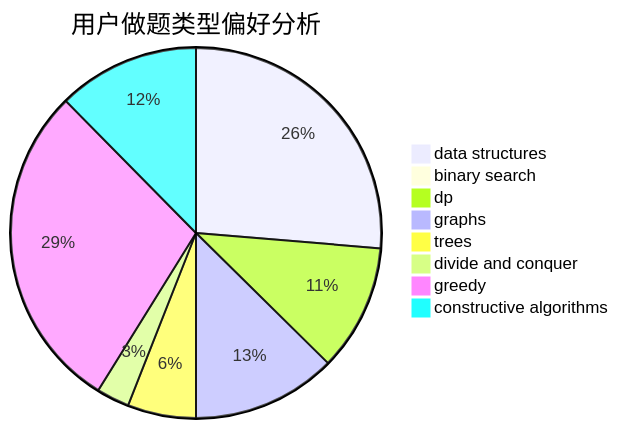
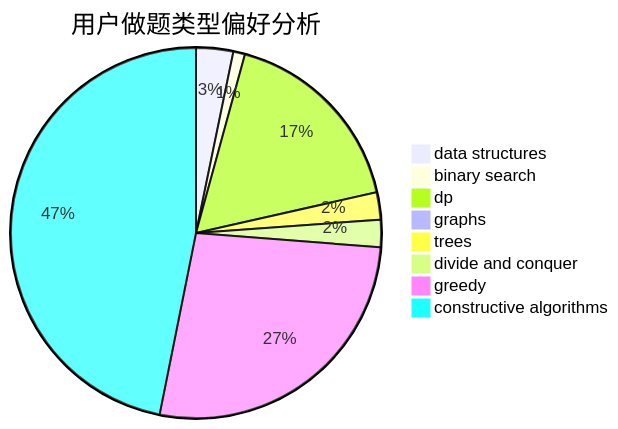
The second of 3 diagrams in docs/user/u1475.md (sherpahu/cfrs.github.io), drawn with Mermaid before and after one commit. The commit also changed other lines of this file and 2770 other files, not shown here.

````diff
--- a/docs/user/u1475.md
+++ b/docs/user/u1475.md
@@ -23,11 +23,11 @@
 ```mermaid
 pie title 用户做题类型偏好分析
-    "data structures" :  119
-    "binary search" :  0
-    "dp" :  50
-    "graphs" :  57
-    "trees" :  27
-    "divide and conquer" :  13
-    "greedy" :  130
-    "constructive algorithms" :  56
+    "data structures" :  19
+    "binary search" :  6
+    "dp" :  101
+    "graphs" :  0
+    "trees" :  14
+    "divide and conquer" :  14
+    "greedy" :  158
+    "constructive algorithms" :  275
 ```
````
